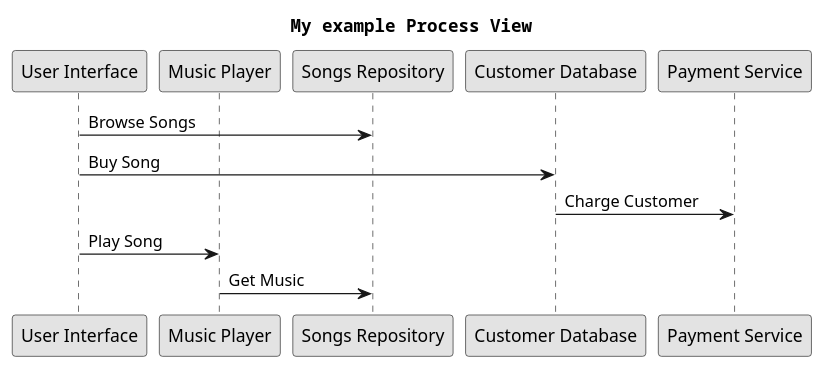
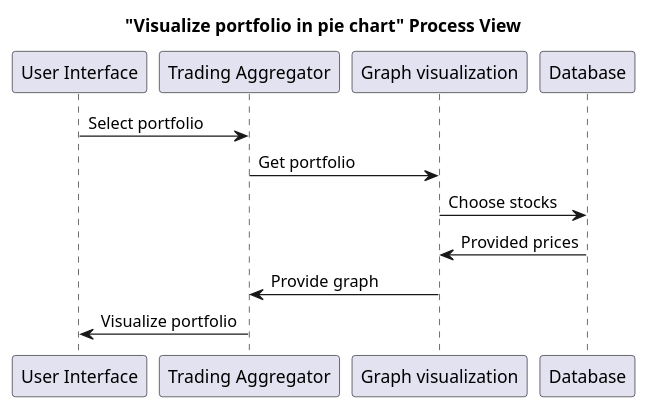
One commit to USI-MSDE-SA-2022/software-architecture-model-tmshts changed diagram 16 of 18 in src/sa/model/index.md. Above: the diagram before and after it, drawn with PlantUML. The commit also changed other lines of this file, not shown here.

````diff
--- a/src/sa/model/index.md
+++ b/src/sa/model/index.md
@@ -690,21 +771,18 @@
 ```puml
 @startuml
-title My example Process View
+title "Visualize portfolio in pie chart" Process View
 
 participant "User Interface" as UI
-participant "Music Player" as MP
-participant "Songs Repository" as SR
-participant "Customer Database" as CDB
-participant "Payment Service" as PS
+participant "Trading Aggregator" as TA
+participant "Graph visualization" as GV
+participant "Database" as DB
 
-UI -> SR: Browse Songs
-UI -> CDB: Buy Song
-CDB -> PS: Charge Customer
-UI -> MP: Play Song
-MP -> SR: Get Music
+UI -> TA: Select portfolio
+TA -> GV: Get portfolio
+GV -> DB: Choose stocks
+DB -> GV: Provided prices
+GV -> TA: Provide graph
+TA -> UI: Visualize portfolio
 
-skinparam monochrome true
-skinparam shadowing false
-skinparam defaultFontName Courier
 @enduml
 ```
````
